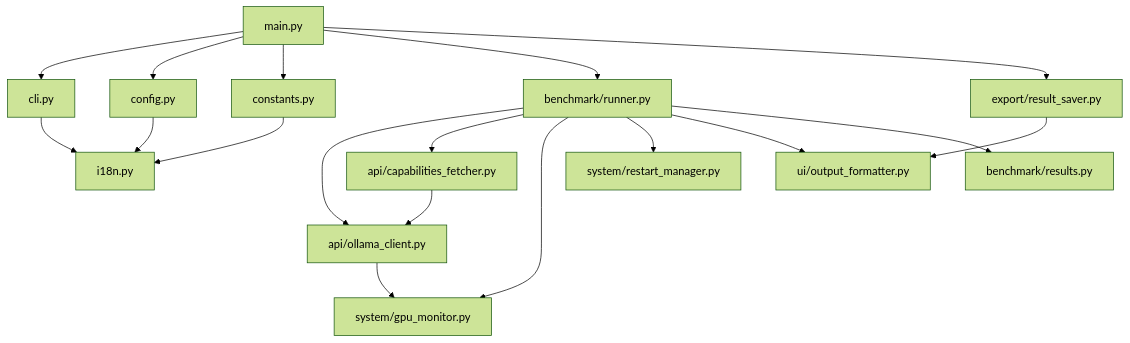
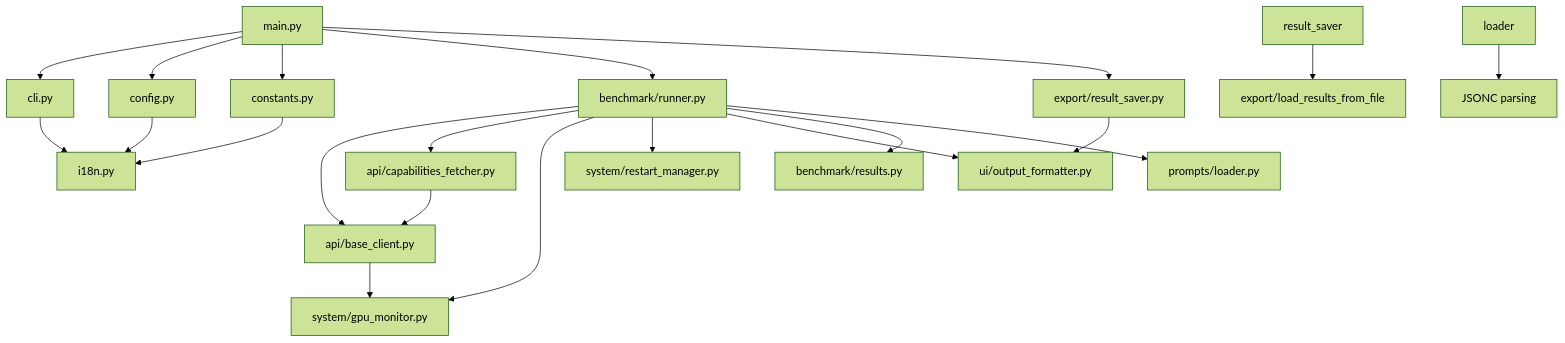
Before and after one commit to nudykw/roo_bench: the second of 2 diagrams in ReadMe.md, drawn with Mermaid (forest theme). The commit also changed other lines of this file, not shown here.

First line of the commit message:
docs: update ReadMe.md with hybrid prompt system documentation

````diff
--- a/ReadMe.md
+++ b/ReadMe.md
@@ -803,23 +985,27 @@
 ```mermaid
 graph TD
     main[main.py] --> cli[cli.py]
     main --> config[config.py]
     main --> constants[constants.py]
     main --> runner[benchmark/runner.py]
     main --> saver[export/result_saver.py]
     
-    runner --> ollama_client[api/ollama_client.py]
+    runner --> ollama_client[api/base_client.py]
     runner --> cap_fetcher[api/capabilities_fetcher.py]
     runner --> gpu_monitor[system/gpu_monitor.py]
     runner --> restart_manager[system/restart_manager.py]
     runner --> output_formatter[ui/output_formatter.py]
     runner --> results[benchmark/results.py]
+    runner --> prompt_loader[prompts/loader.py]
     
     ollama_client --> gpu_monitor
     cap_fetcher --> ollama_client
     saver --> output_formatter
+    result_saver --> load_results[export/load_results_from_file]
     
     cli --> i18n[i18n.py]
     config --> i18n
     constants --> i18n
+    
+    loader --> jsonc[JSONC parsing]
 ```
````
